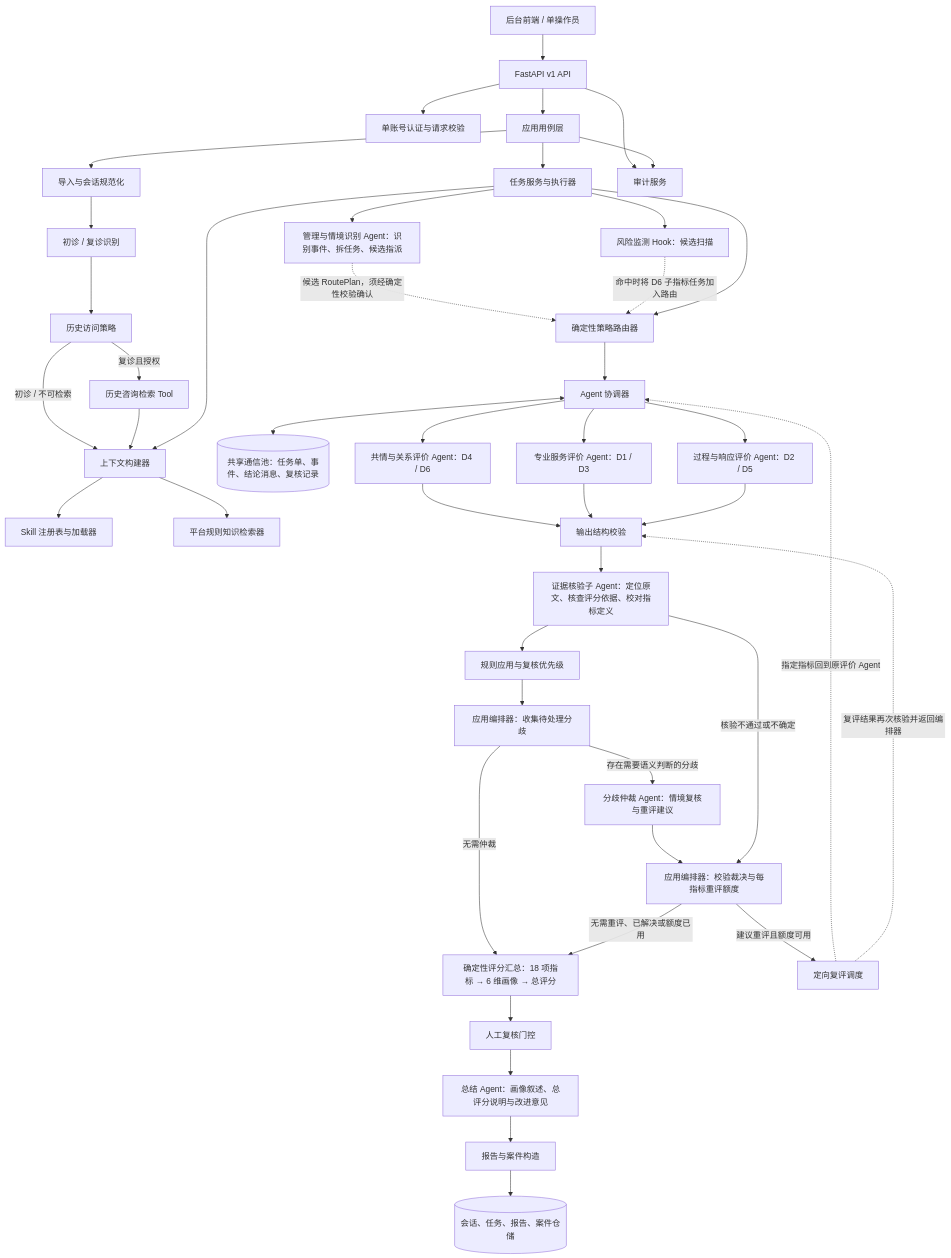
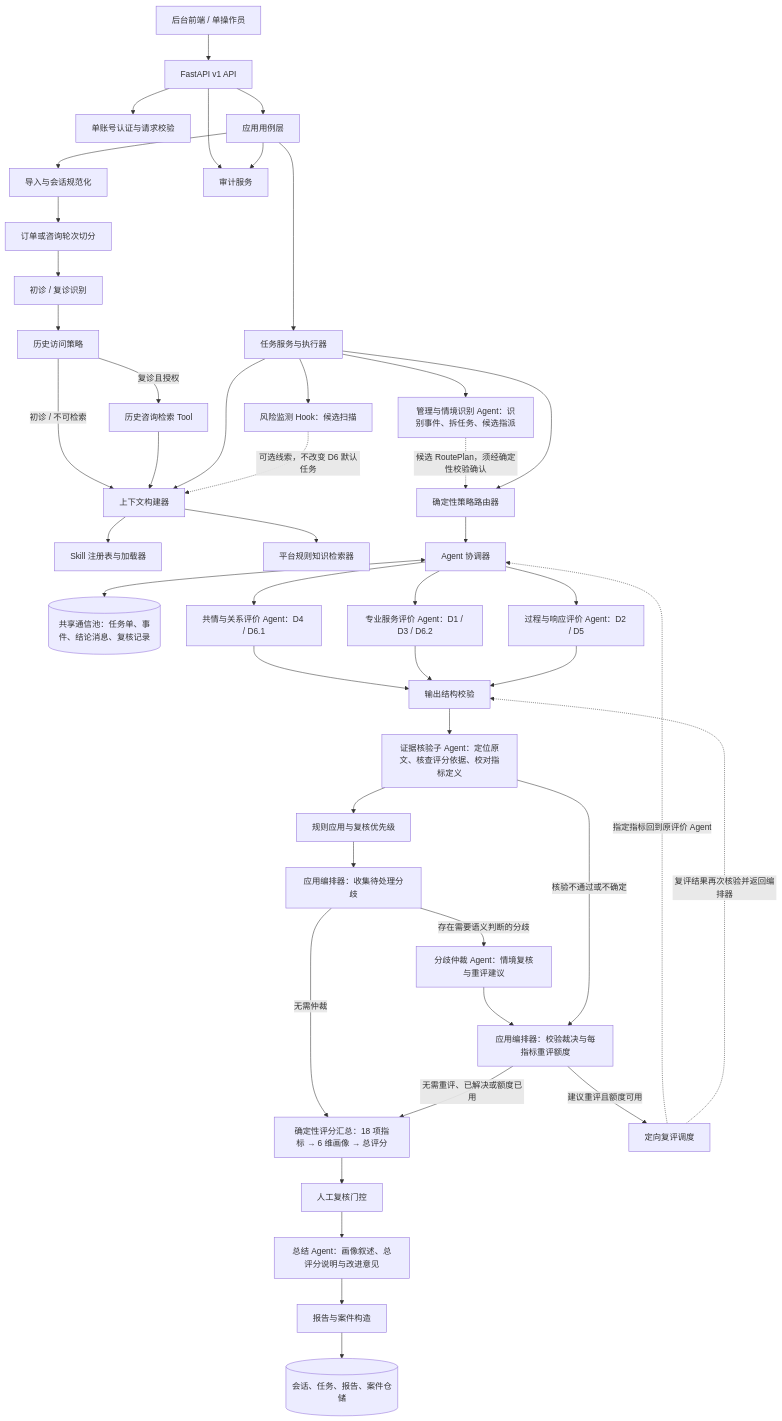
The first of 2 diagrams in docs/architecture/AGENT_SYSTEM_DESIGN.md (poxuxuxux/Online-psychological-counseling-platform-doctor-service-quality-monitoring-agent), drawn with Mermaid before and after one commit. The commit also changed other lines of this file and 5 other files, not shown here.

````diff
--- a/docs/architecture/AGENT_SYSTEM_DESIGN.md
+++ b/docs/architecture/AGENT_SYSTEM_DESIGN.md
@@ -48,46 +50,47 @@
 ```mermaid
 flowchart TD
     UI[后台前端 / 单操作员] --> API[FastAPI v1 API]
     API --> AUTH[单账号认证与请求校验]
     API --> UC[应用用例层]
     UC --> IMP[导入与会话规范化]
     UC --> TASK[任务服务与执行器]
-    IMP --> ROUND[初诊 / 复诊识别]
+    IMP --> SEG[订单或咨询轮次切分]
+    SEG --> ROUND[初诊 / 复诊识别]
     ROUND --> HP[历史访问策略]
     HP -- 复诊且授权 --> HIST[历史咨询检索 Tool]
     HP -- 初诊 / 不可检索 --> CTX[上下文构建器]
     HIST --> CTX
     TASK --> CTX[上下文构建器]
     CTX --> SKILL[Skill 注册表与加载器]
     CTX --> KNOW[平台规则知识检索器]
     TASK --> HOOK[风险监测 Hook：候选扫描]
     TASK --> MGR[管理与情境识别 Agent：识别事件、拆任务、候选指派]
     MGR -. 候选 RoutePlan，须经确定性校验确认 .-> ROUTER
-    HOOK -. 命中时将 D6 子指标任务加入路由 .-> ROUTER
+    HOOK -. 可选线索，不改变 D6 默认任务 .-> CTX
     TASK --> ROUTER[确定性策略路由器]
     ROUTER --> COORD[Agent 协调器]
     COORD <--> POOL[(共享通信池：任务单、事件、结论消息、复核记录)]
-    COORD --> A1[共情与关系评价 Agent：D4 / D6]
-    COORD --> A2[专业服务评价 Agent：D1 / D3]
+    COORD --> A1[共情与关系评价 Agent：D4 / D6.1]
+    COORD --> A2[专业服务评价 Agent：D1 / D3 / D6.2]
     COORD --> A3[过程与响应评价 Agent：D2 / D5]
     A1 --> VALID[输出结构校验]
     A2 --> VALID
     A3 --> VALID
     VALID --> EVID[证据核验子 Agent：定位原文、核查评分依据、校对指标定义]
     EVID --> RR[规则应用与复核优先级]
     RR --> ORCH[应用编排器：收集待处理分歧]
     ORCH -->|存在需要语义判断的分歧| ARB[分歧仲裁 Agent：情境复核与重评建议]
     ORCH -->|无需仲裁| SCORE[确定性评分汇总：18 项指标 → 6 维画像 → 总评分]
     ARB --> RETRY_GUARD[应用编排器：校验裁决与每指标重评额度]
     RETRY_GUARD -->|建议重评且额度可用| RETRY[定向复评调度]
     RETRY_GUARD -->|无需重评、已解决或额度已用| SCORE
     SCORE --> GATE[人工复核门控]
     GATE --> SUMMARY[总结 Agent：画像叙述、总评分说明与改进意见]
     SUMMARY --> REPORT[报告与案件构造]
     REPORT --> REPO[(会话、任务、报告、案件仓储)]
     EVID -- 核验不通过或不确定 --> RETRY_GUARD
     RETRY -. 指定指标回到原评价 Agent .-> COORD
     RETRY -. 复评结果再次核验并返回编排器 .-> VALID
     API --> AUDIT[审计服务]
     UC --> AUDIT
 ```
````
